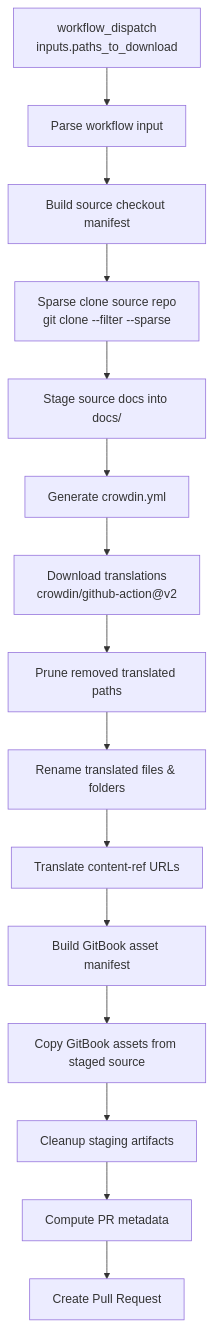
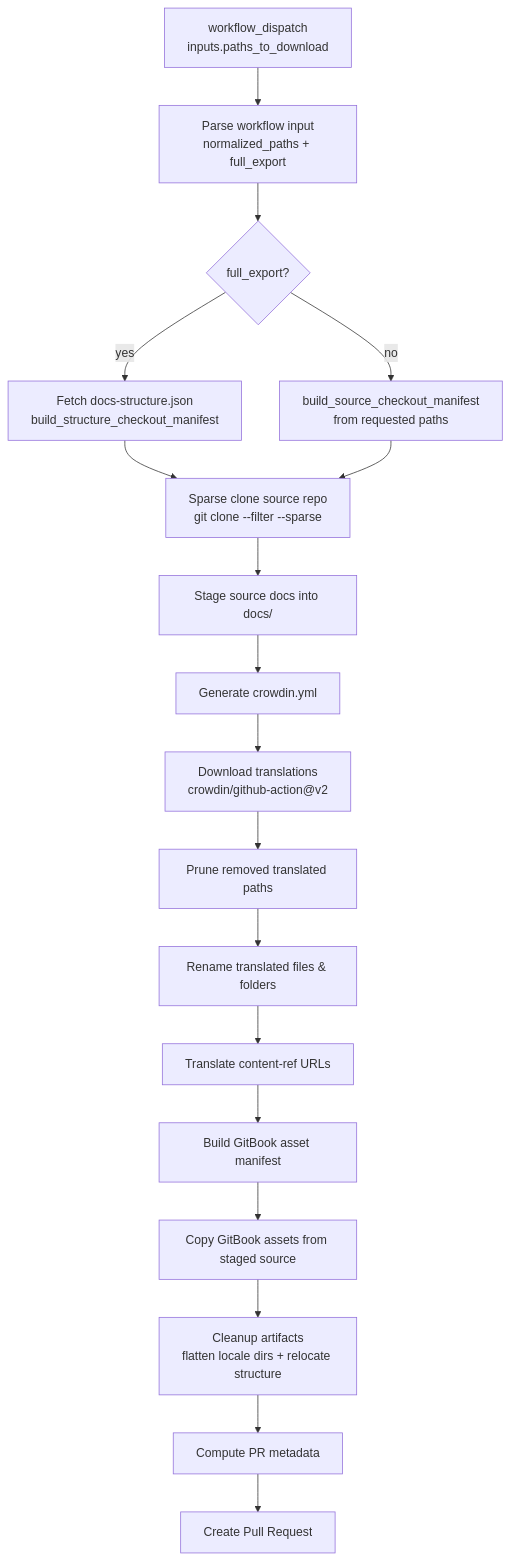
One commit to pagopa/devportal-docs-translations changed the first of 11 diagrams in get-translations-from-crowdin.md. Above: the diagram before and after it, drawn with Mermaid. The commit also changed other lines of this file, not shown here.

Commit message:
Update workflow documentation for Crowdin translations: clarify export paths and cleanup steps

````diff
--- a/get-translations-from-crowdin.md
+++ b/get-translations-from-crowdin.md
@@ -33,17 +37,20 @@
 ```mermaid
 flowchart TD
-    A[workflow_dispatch<br/>inputs.paths_to_download] --> B[Parse workflow input]
-    B --> C[Build source checkout manifest]
-    C --> D[Sparse clone source repo<br/>git clone --filter --sparse]
+    A[workflow_dispatch<br/>inputs.paths_to_download] --> B[Parse workflow input<br/>normalized_paths + full_export]
+    B --> C{full_export?}
+    C -- yes --> C1[Fetch docs-structure.json<br/>build_structure_checkout_manifest]
+    C -- no --> C2[build_source_checkout_manifest<br/>from requested paths]
+    C1 --> D[Sparse clone source repo<br/>git clone --filter --sparse]
+    C2 --> D
     D --> E[Stage source docs into docs/]
     E --> F[Generate crowdin.yml]
     F --> G[Download translations<br/>crowdin/github-action@v2]
     G --> H[Prune removed translated paths]
     H --> I[Rename translated files & folders]
     I --> J[Translate content-ref URLs]
     J --> K[Build GitBook asset manifest]
     K --> L[Copy GitBook assets from staged source]
-    L --> M[Cleanup staging artifacts]
+    L --> M[Cleanup artifacts<br/>flatten locale dirs + relocate structure]
     M --> N[Compute PR metadata]
     N --> O[Create Pull Request]
 ```
````
